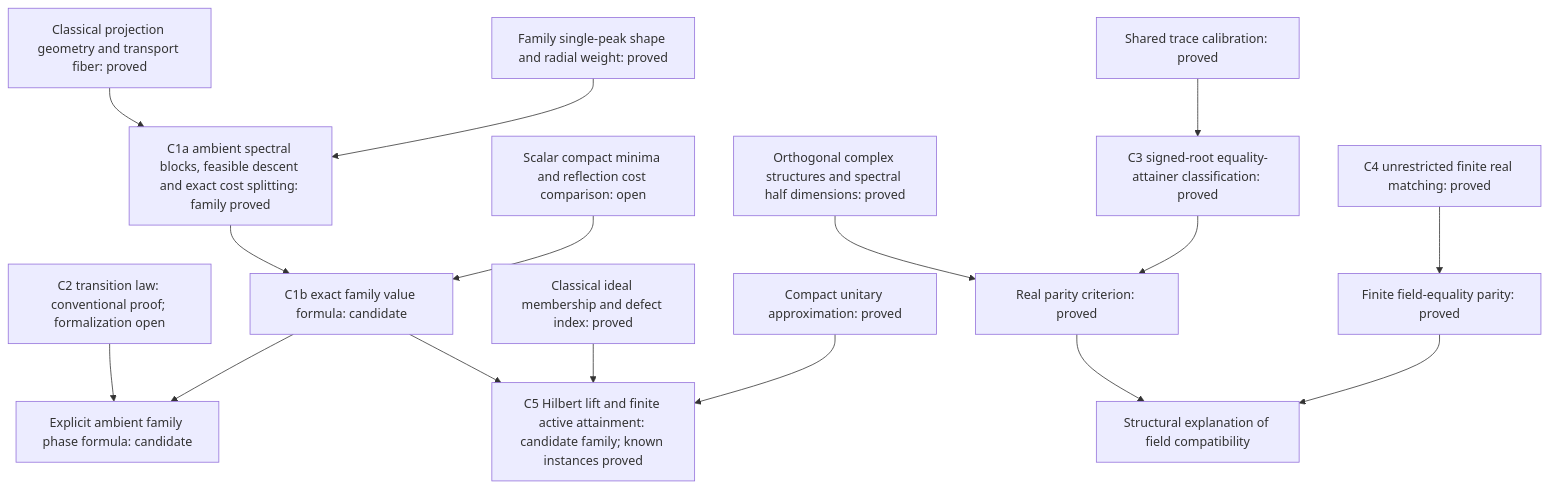
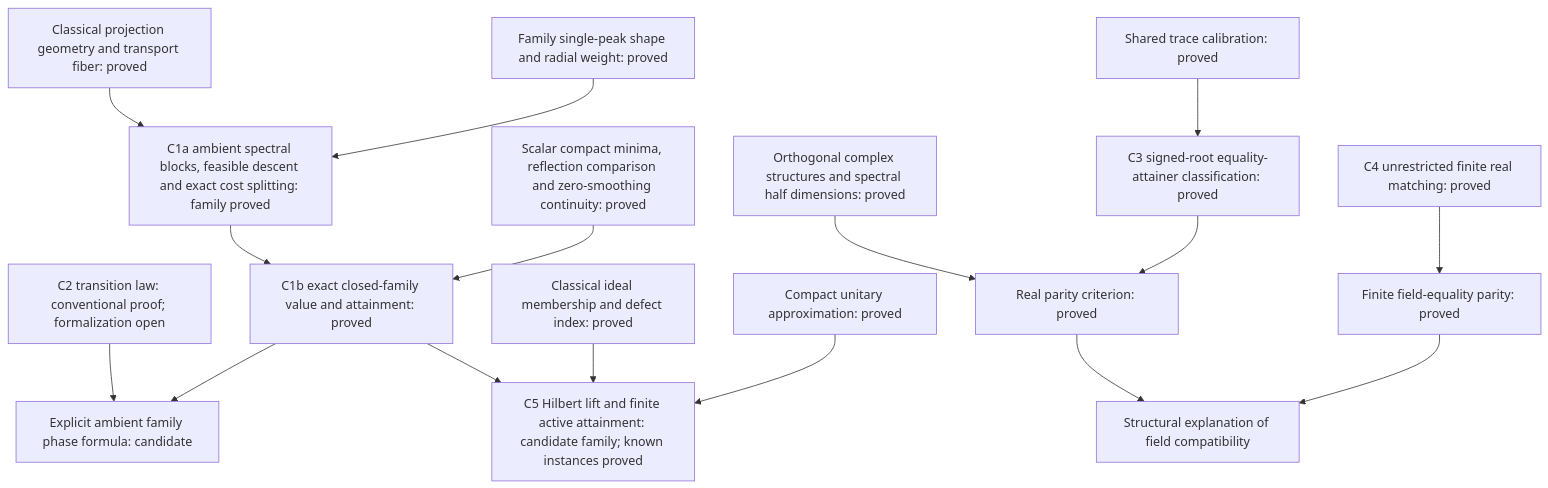
The diagram in dev/spectral-transport-publication-core.md (AIQ-Kitware/aiq-dkps-formalization), drawn with Mermaid before and after one commit. The commit also changed other lines of this file and 12 other files, not shown here.

First line of the commit message:
Prove exact complex transport minima for the closed smoothed-power family

````diff
--- a/dev/spectral-transport-publication-core.md
+++ b/dev/spectral-transport-publication-core.md
@@ -234,18 +247,18 @@
 ```mermaid
 flowchart TD
   G[Classical projection geometry and transport fiber: proved] --> D[C1a ambient spectral blocks, feasible descent and exact cost splitting: family proved]
   S[Family single-peak shape and radial weight: proved] --> D
-  D --> F[C1b exact family value formula: candidate]
-  B[Scalar compact minima and reflection cost comparison: open] --> F
+  D --> F[C1b exact closed-family value and attainment: proved]
+  B[Scalar compact minima, reflection comparison and zero-smoothing continuity: proved] --> F
   C[C2 transition law: conventional proof; formalization open] --> A[Explicit ambient family phase formula: candidate]
   F --> A
   F --> L[C5 Hilbert lift and finite active attainment: candidate family; known instances proved]
   I[Classical ideal membership and defect index: proved] --> L
   U[Compact unitary approximation: proved] --> L
   T[Shared trace calibration: proved] --> R[C3 signed-root equality-attainer classification: proved]
   J[Orthogonal complex structures and spectral half dimensions: proved] --> P[Real parity criterion: proved]
   R --> P
   M[C4 unrestricted finite real matching: proved] --> E[Finite field-equality parity: proved]
   P --> X[Structural explanation of field compatibility]
   E --> X
 ```
````
